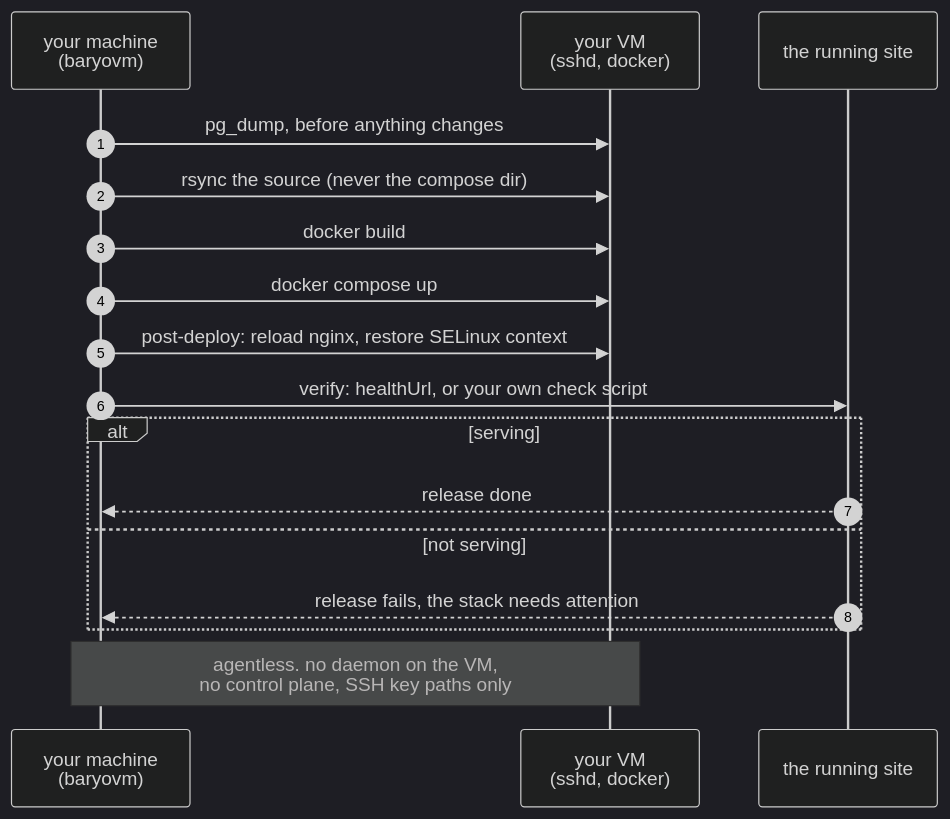
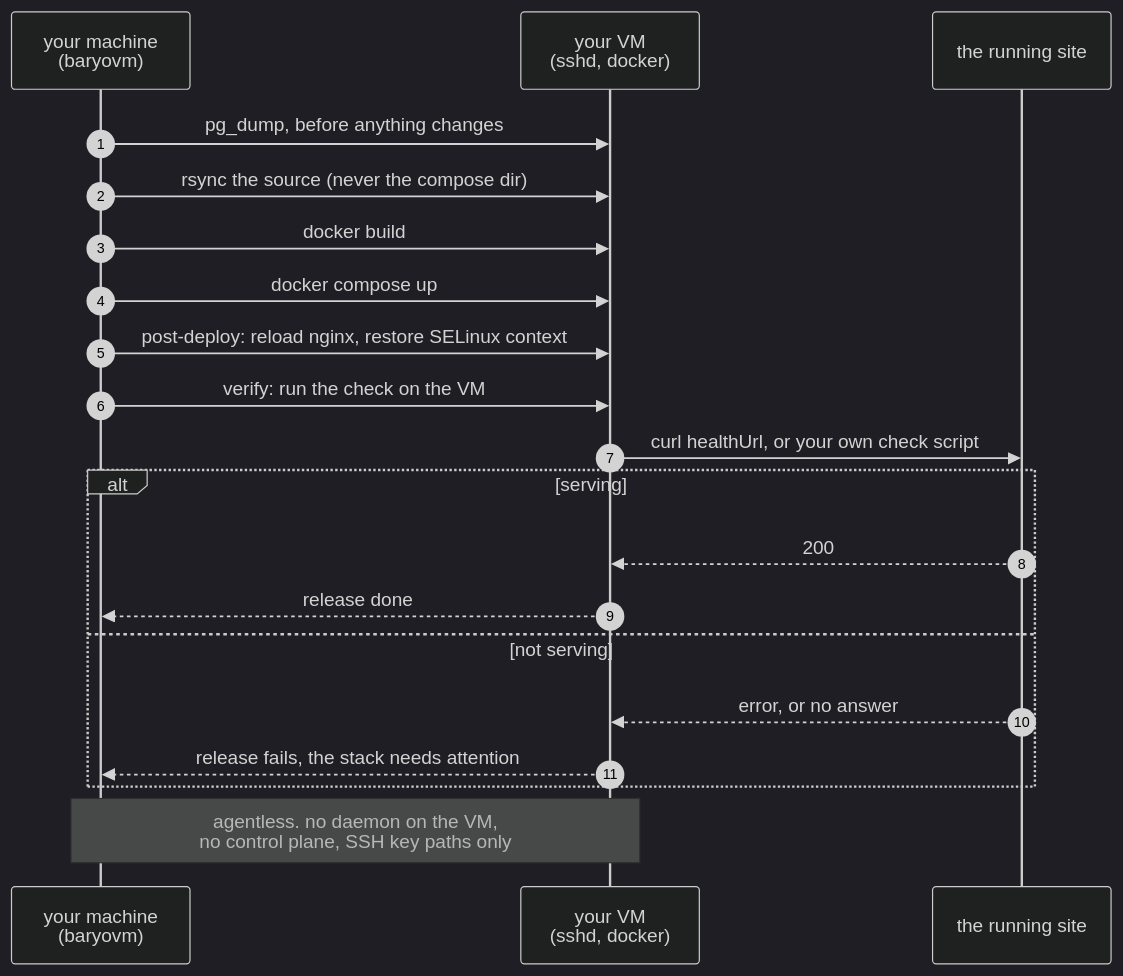
One commit to BaryoDev/BaryoVM changed the diagram in README.md. Above: the diagram before and after it, drawn with Mermaid (dark theme). The commit also changed 4 other files, not shown here.

````diff
--- a/README.md
+++ b/README.md
@@ -28,22 +28,25 @@
 ```mermaid
 sequenceDiagram
     autonumber
     participant You as your machine<br/>(baryovm)
     participant VM as your VM<br/>(sshd, docker)
     participant Site as the running site
 
     You->>VM: pg_dump, before anything changes
     You->>VM: rsync the source (never the compose dir)
     You->>VM: docker build
     You->>VM: docker compose up
     You->>VM: post-deploy: reload nginx, restore SELinux context
 
-    You->>Site: verify: healthUrl, or your own check script
+    You->>VM: verify: run the check on the VM
+    VM->>Site: curl healthUrl, or your own check script
     alt serving
-        Site-->>You: release done
+        Site-->>VM: 200
+        VM-->>You: release done
     else not serving
-        Site-->>You: release fails, the stack needs attention
+        Site-->>VM: error, or no answer
+        VM-->>You: release fails, the stack needs attention
     end
 
     Note over You,VM: agentless. no daemon on the VM,<br/>no control plane, SSH key paths only
 ```
````
